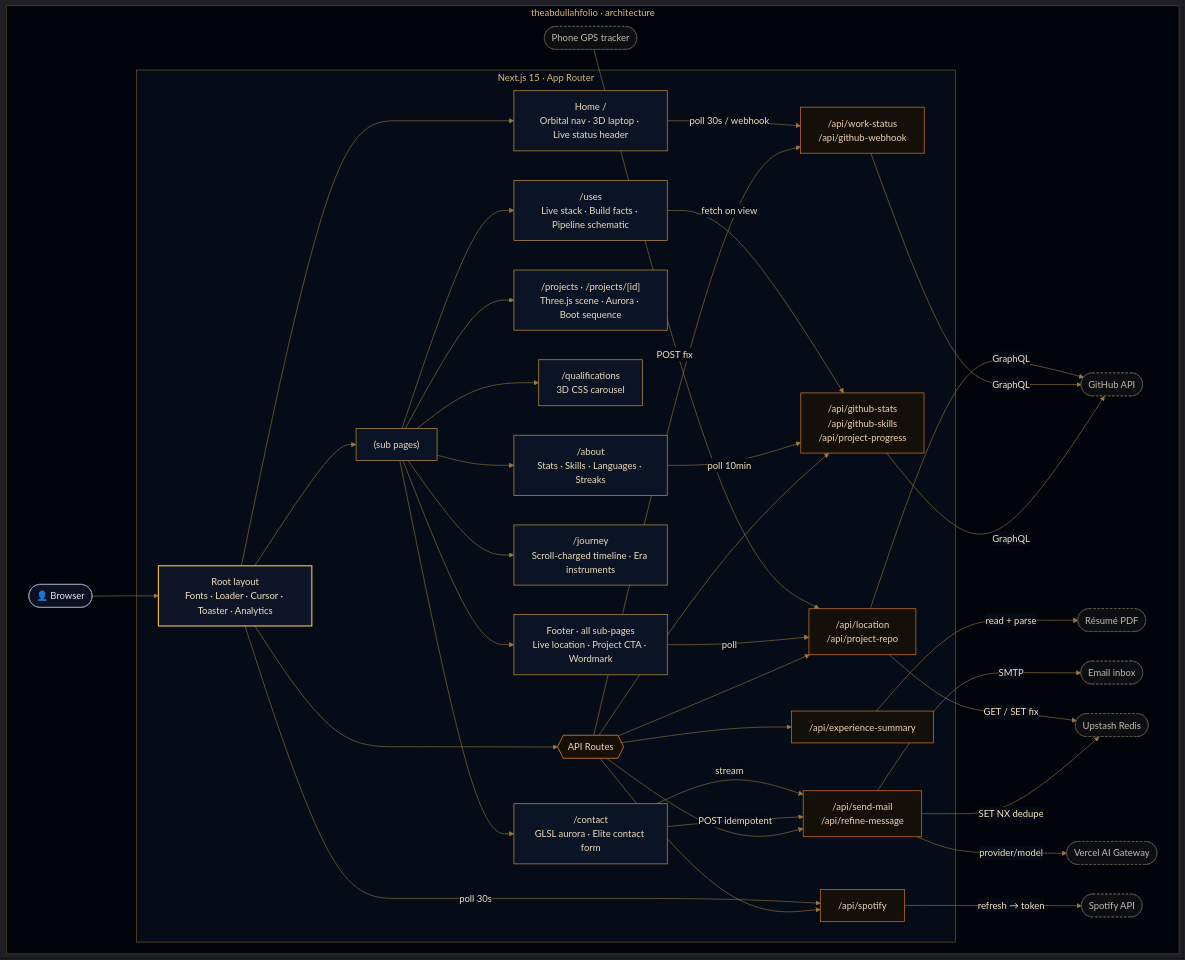
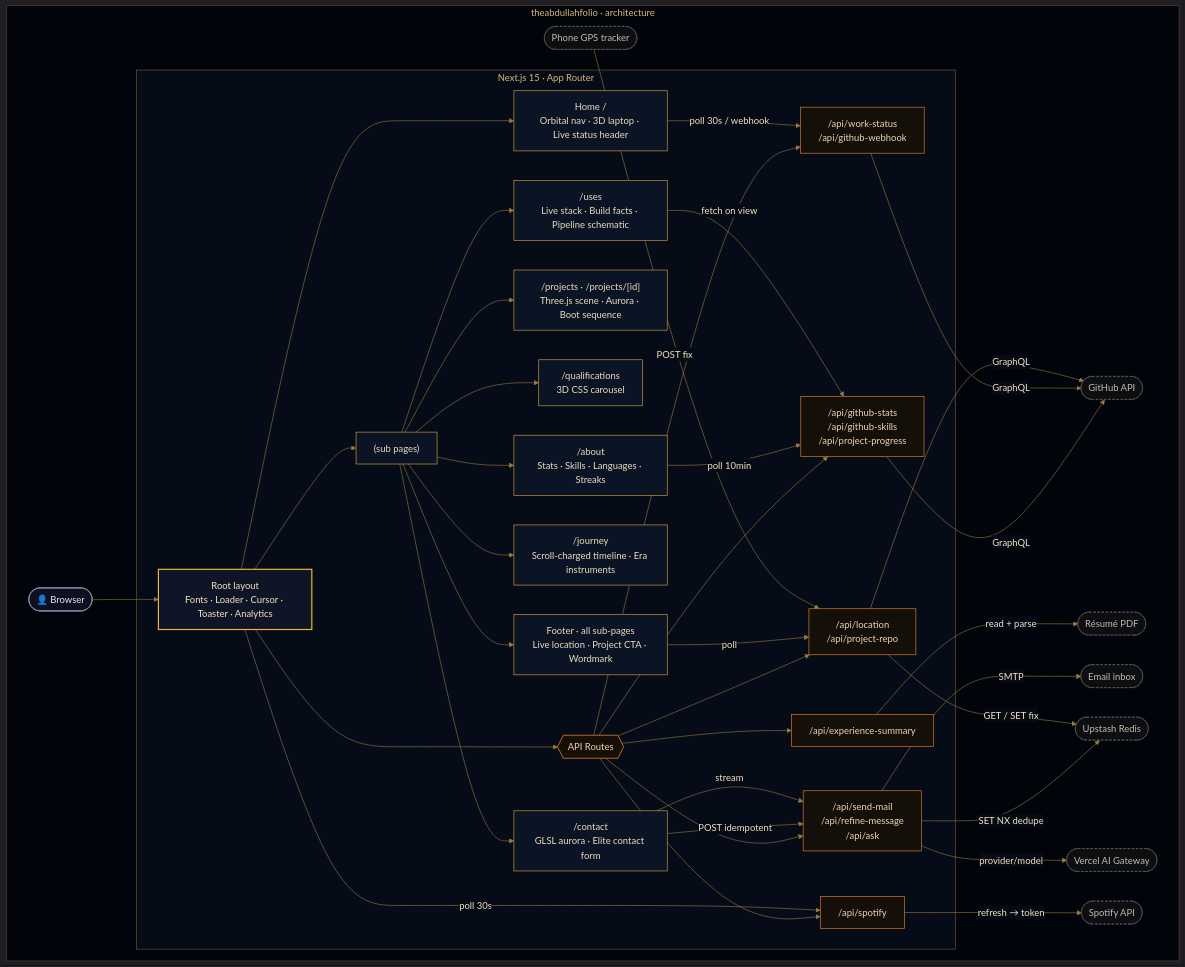
The first of 2 diagrams in README.md (MA1002643/theabdullahfolio), drawn with Mermaid before and after one commit. The commit also changed other lines of this file and 206 other files, not shown here.

````diff
--- a/README.md
+++ b/README.md
@@ -149,72 +150,72 @@
 ```mermaid
 %%{init: {"theme":"dark","themeVariables":{"fontFamily":"ui-sans-serif, system-ui, -apple-system, Segoe UI, sans-serif","lineColor":"#9a7a42","edgeLabelBackground":"#050a14","tertiaryColor":"#050a14"}}}%%
 graph TD
     subgraph Sys[" theabdullahfolio · architecture "]
         Browser(["👤 Browser"])
 
         subgraph App[" Next.js 15 · App Router "]
             Root["Root layout<br/>Fonts · Loader · Cursor · Toaster · Analytics"]
             Root --> Home["Home /<br/>Orbital nav · 3D laptop · Live status header"]
             Root --> Pages["(sub pages)"]
             Pages --> About["/about<br/>Stats · Skills · Languages · Streaks"]
             Pages --> Projects["/projects · /projects/[id]<br/>Three.js scene · Aurora · Boot sequence"]
             Pages --> Quals["/qualifications<br/>3D CSS carousel"]
             Pages --> Contact["/contact<br/>GLSL aurora · Elite contact form"]
             Pages --> Journey["/journey<br/>Scroll-charged timeline · Era instruments"]
             Pages --> Uses["/uses<br/>Live stack · Build facts · Pipeline schematic"]
             Pages --> Footer["Footer · all sub-pages<br/>Live location · Project CTA · Wordmark"]
 
             Root --> API{{"API Routes"}}
             API --> Stats["/api/github-stats<br/>/api/github-skills<br/>/api/project-progress"]
             API --> Exp["/api/experience-summary"]
             API --> Work["/api/work-status<br/>/api/github-webhook"]
-            API --> Mail["/api/send-mail<br/>/api/refine-message"]
+            API --> Mail["/api/send-mail<br/>/api/refine-message<br/>/api/ask"]
             API --> Foot["/api/location<br/>/api/project-repo"]
             API --> Music["/api/spotify"]
         end
 
         GitHub([GitHub API])
         PDF([Résumé PDF])
         Inbox([Email inbox])
         Redis([Upstash Redis])
         Gateway([Vercel AI Gateway])
         Tracker([Phone GPS tracker])
         Spotify([Spotify API])
 
         Browser --> Root
         About -->|poll 10min| Stats
         Uses -->|fetch on view| Stats
         Home -->|poll 30s / webhook| Work
         Contact -->|POST idempotent| Mail
         Contact -->|stream| Mail
         Stats -->|GraphQL| GitHub
         Work -->|GraphQL| GitHub
         Exp -->|read + parse| PDF
         Mail -->|SMTP| Inbox
         Mail -->|SET NX dedupe| Redis
         Mail -->|provider/model| Gateway
         Footer -->|poll| Foot
         Tracker -->|POST fix| Foot
         Foot -->|GraphQL| GitHub
         Foot -->|GET / SET fix| Redis
         Root -->|poll 30s| Music
         Music -->|refresh → token| Spotify
     end
 
     classDef client fill:#0d1020,stroke:#8f99ad,stroke-width:1.25px,color:#e6e9f0;
     classDef root fill:#0e1526,stroke:#eab53e,stroke-width:2px,color:#f4e3c2;
     classDef page fill:#0b1424,stroke:#b78a3e,stroke-width:1.25px,color:#ecdcbf;
     classDef api fill:#141009,stroke:#c96f2a,stroke-width:1.25px,color:#f0d3b4;
     classDef gateway fill:#170f06,stroke:#c96f2a,stroke-width:1.5px,color:#f0d3b4;
     classDef ext fill:#0c0e12,stroke:#5f5a50,stroke-width:1px,color:#c3bcae,stroke-dasharray:4 3;
 
     class Browser client;
     class Root root;
     class Home,Pages,About,Projects,Quals,Contact,Journey,Uses,Footer page;
     class Stats,Exp,Work,Mail,Foot,Music api;
     class API gateway;
     class GitHub,PDF,Inbox,Redis,Gateway,Tracker,Spotify ext;
 
     style Sys fill:#02040c,stroke:#5c4a24,stroke-width:1px,color:#d9b877;
     style App fill:#050c18,stroke:#7a5f2c,stroke-width:1px,color:#d9b877;
 ```
````
